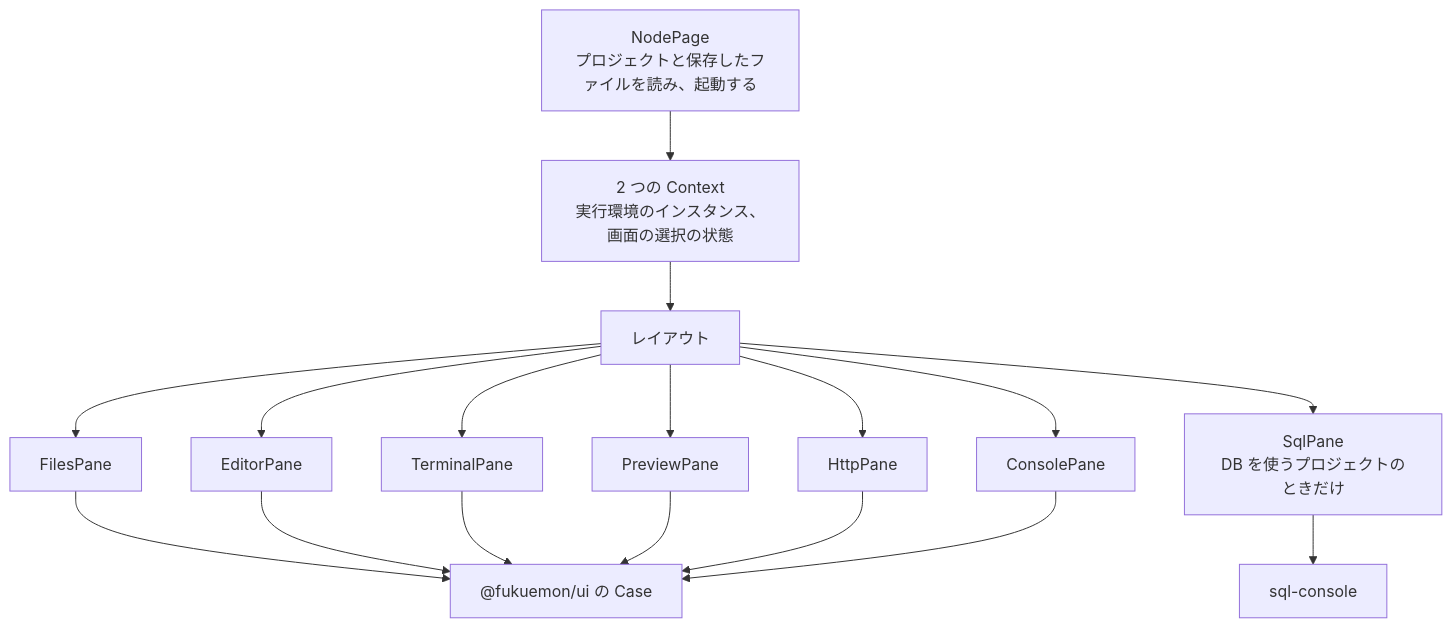
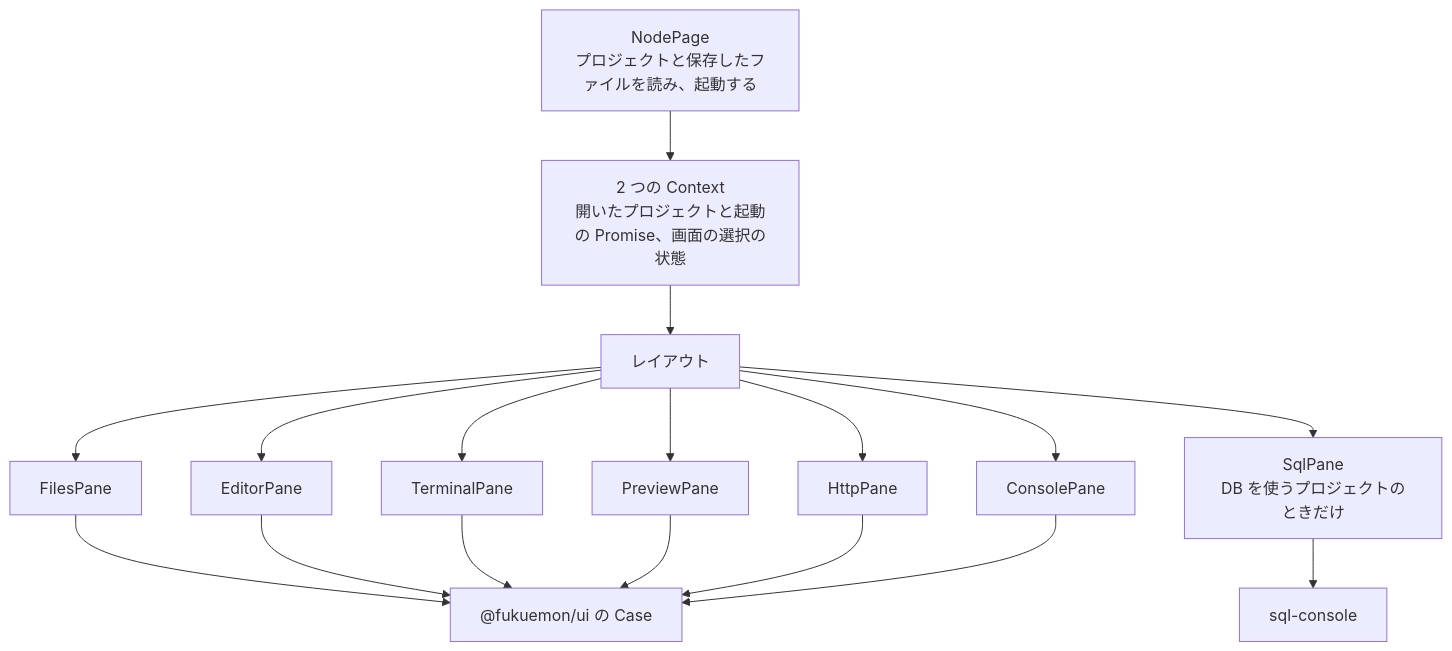
Before and after one commit to Fukuemon/fukuemon.dev: the second of 3 diagrams in apps/playground/DesignDoc.md, drawn with Mermaid. The commit also changed other lines of this file and 1 other file, not shown here.

Commit message:
docs(design): code-editor の役割と Node のページの Context を実装に合わせる #95

````diff
--- a/apps/playground/DesignDoc.md
+++ b/apps/playground/DesignDoc.md
@@ -332,24 +331,24 @@
 ```mermaid
 flowchart TB
   page["NodePage<br/>プロジェクトと保存したファイルを読み、起動する"]
-  ctx["2 つの Context<br/>実行環境のインスタンス、画面の選択の状態"]
+  ctx["2 つの Context<br/>開いたプロジェクトと起動の Promise、画面の選択の状態"]
   layout["レイアウト"]
   files["FilesPane"]
   editor["EditorPane"]
   terminal["TerminalPane"]
   preview["PreviewPane"]
   http["HttpPane"]
   cons["ConsolePane"]
   sqlp["SqlPane<br/>DB を使うプロジェクトのときだけ"]
   ui["@fukuemon/ui の Case"]
   sc["sql-console"]
 
   page --> ctx --> layout
   layout --> files --> ui
   layout --> editor --> ui
   layout --> terminal --> ui
   layout --> preview --> ui
   layout --> http --> ui
   layout --> cons --> ui
   layout --> sqlp --> sc
 ```
````
